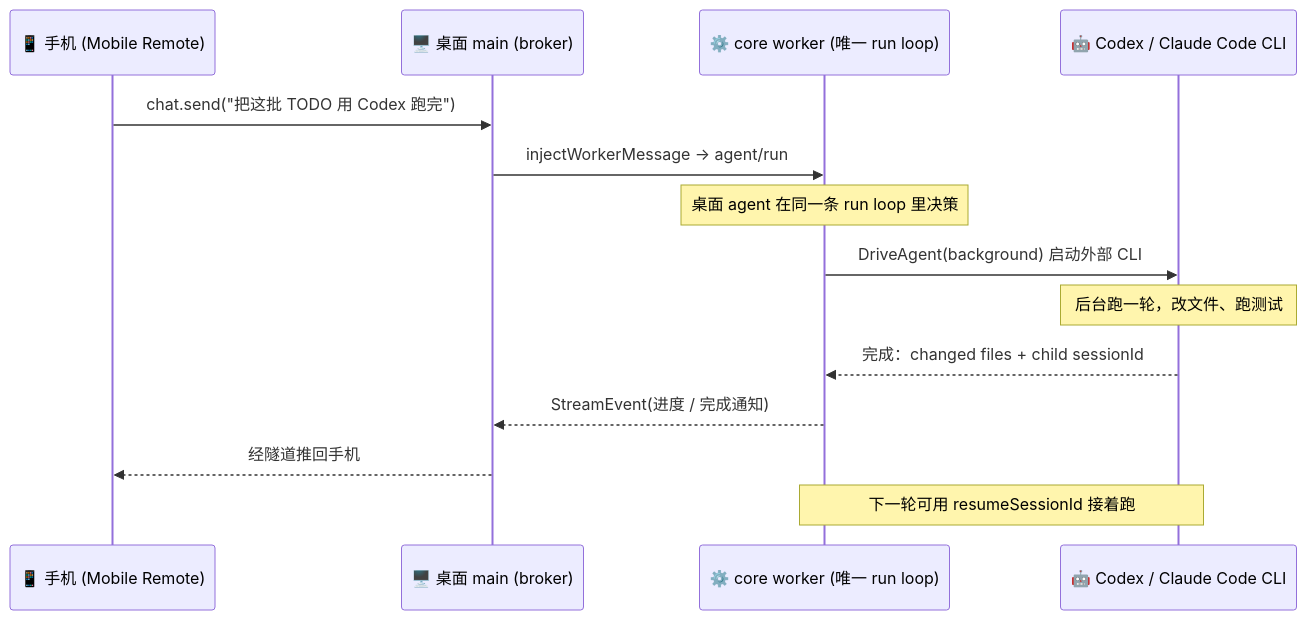
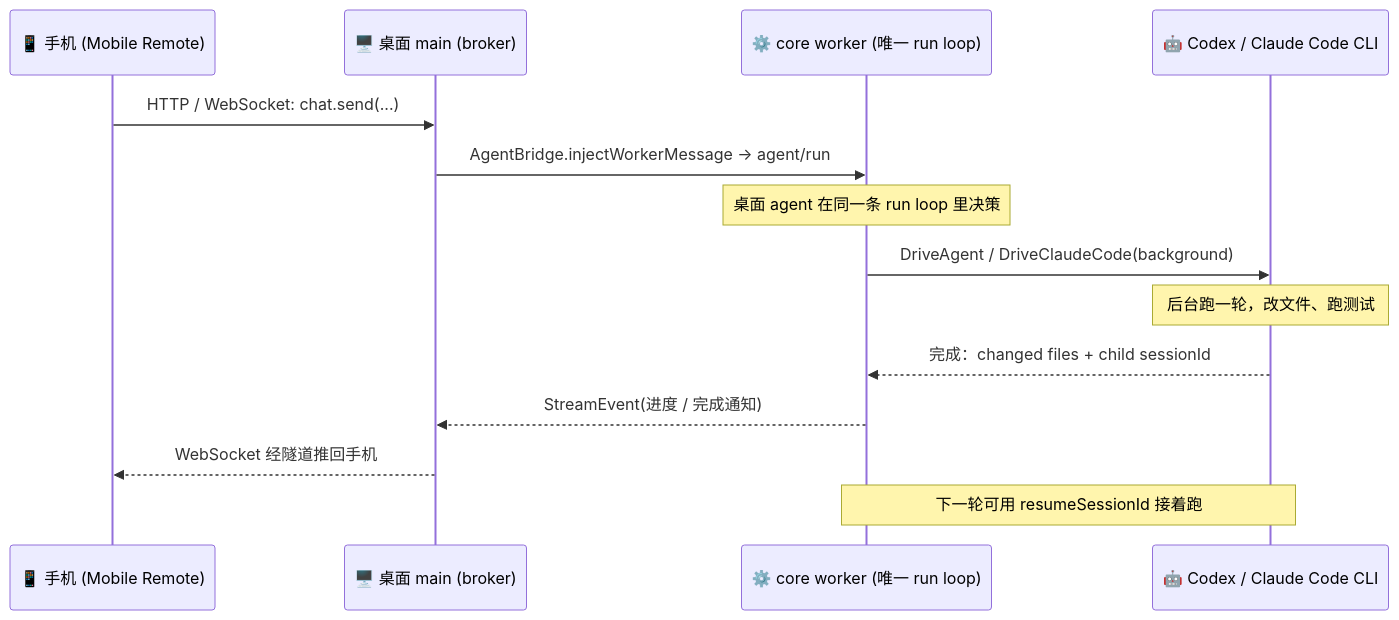
Before and after one commit to cjhyy/codeshell: the first of 2 diagrams in docs/core-deep-dive/v2-00-feature-tour.md, drawn with Mermaid. The commit also changed other lines of this file, not shown here.

````diff
--- a/docs/core-deep-dive/v2-00-feature-tour.md
+++ b/docs/core-deep-dive/v2-00-feature-tour.md
@@ -81,17 +87,17 @@
 ```mermaid
 sequenceDiagram
     participant P as 📱 手机 (Mobile Remote)
     participant M as 🖥️ 桌面 main (broker)
     participant W as ⚙️ core worker (唯一 run loop)
     participant X as 🤖 Codex / Claude Code CLI
 
-    P->>M: chat.send("把这批 TODO 用 Codex 跑完")
-    M->>W: injectWorkerMessage → agent/run
+    P->>M: HTTP / WebSocket: chat.send(...)
+    M->>W: AgentBridge.injectWorkerMessage → agent/run
     Note over W: 桌面 agent 在同一条 run loop 里决策
-    W->>X: DriveAgent(background) 启动外部 CLI
+    W->>X: DriveAgent / DriveClaudeCode(background)
     Note over X: 后台跑一轮，改文件、跑测试
     X-->>W: 完成：changed files + child sessionId
     W-->>M: StreamEvent(进度 / 完成通知)
-    M-->>P: 经隧道推回手机
+    M-->>P: WebSocket 经隧道推回手机
     Note over W,X: 下一轮可用 resumeSessionId 接着跑
 ```
````
